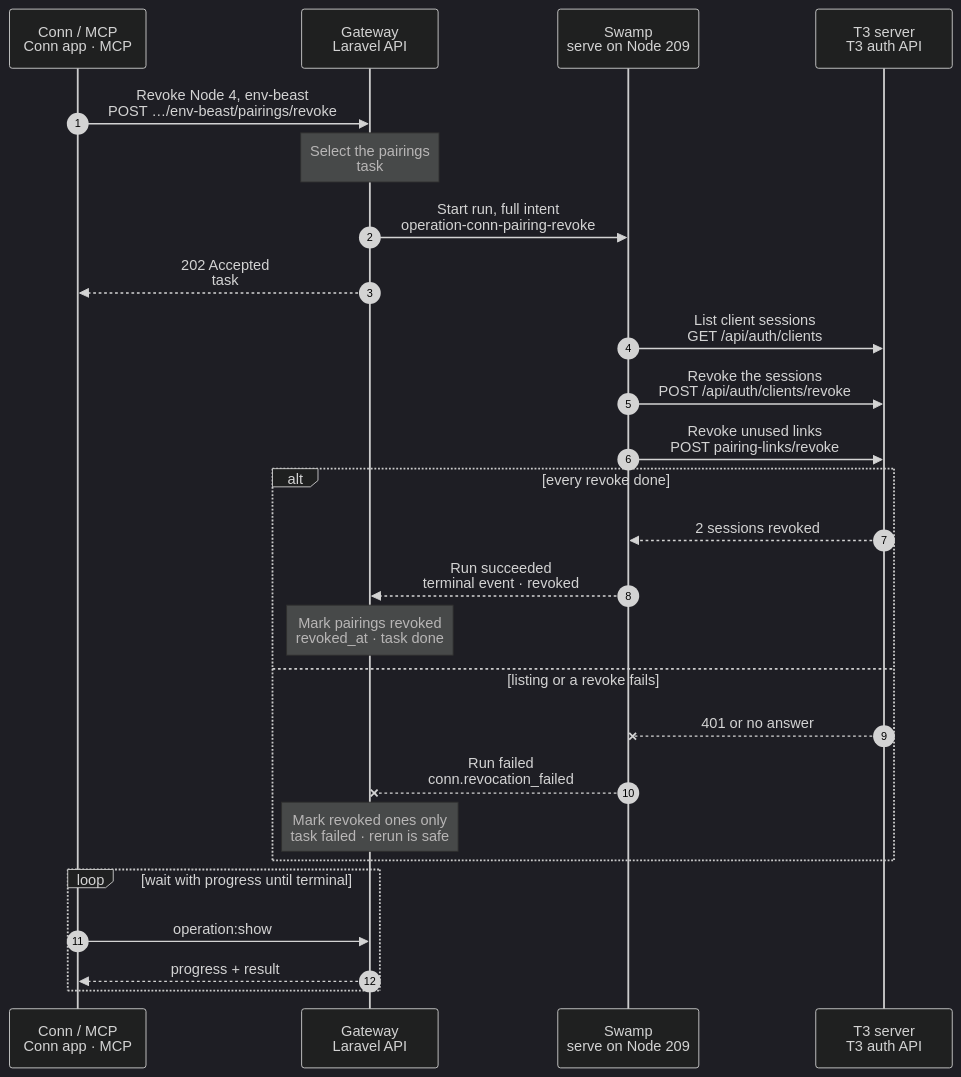
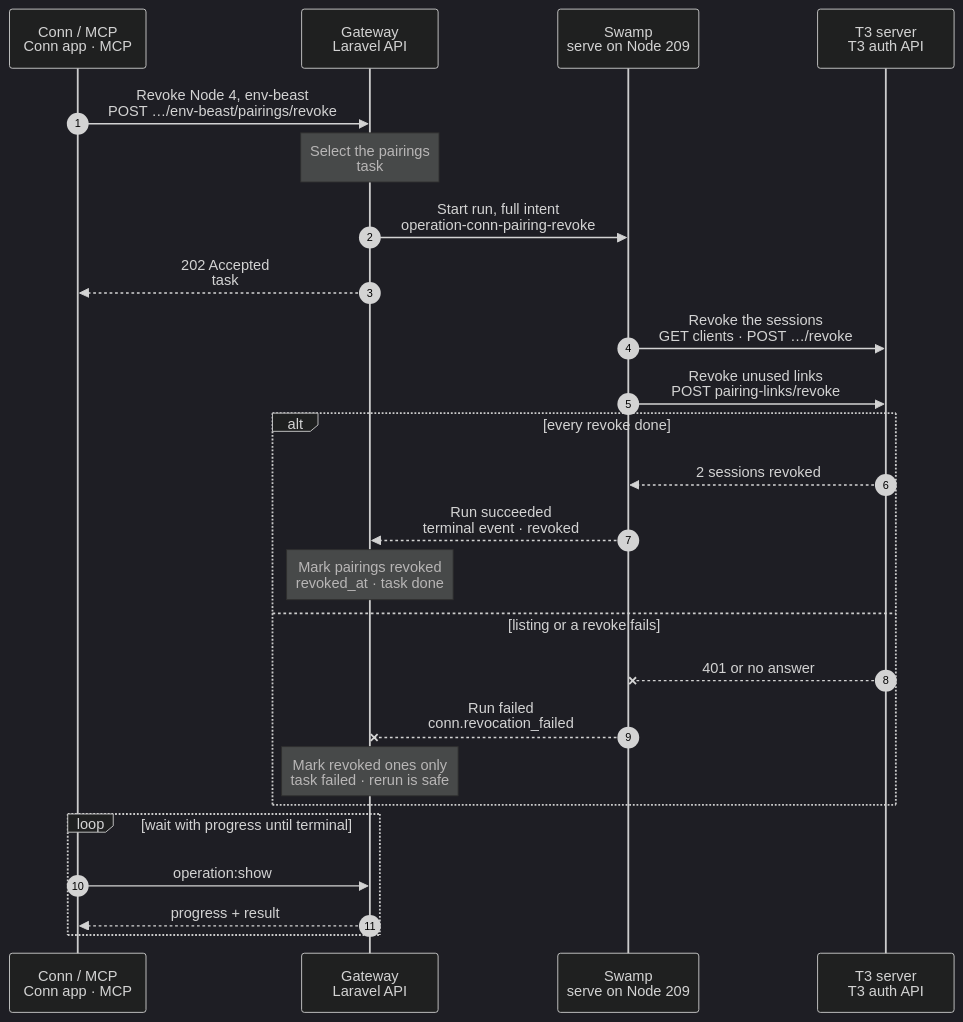
The diagram in docs/cli/conn/pairing-revoke.mmd (hardimpactdev/orbit), drawn with Mermaid (dark theme) before and after one commit.

Commit message:
docs(cli): tighten conn.pairing_revoke chart

```diff
--- a/docs/cli/conn/pairing-revoke.mmd
+++ b/docs/cli/conn/pairing-revoke.mmd
@@ -1,90 +1,88 @@
 sequenceDiagram
   %% Target design: ADR 0244 task, DECISIONS R1 (an external API call is an effect, so it is a run), R2-R4. docs/reference/conn.md#native-pairing-revocation.
+  %% Tightened: flow-tighten 2026-11-02, rule 16 (the session list only picks the targets, so it folds into the revoke step).
   %% status: draft
   %% command: none · Conn API (conn-pairing-revoke)
   %% kind: conn.pairing_revoke
   autonumber
   %% lane CLI icon=terminal pill=caller tone=gray
   %% lane GW icon=gateway pill=intent tone=blue
   %% lane SW icon=workflow pill=executes tone=green
   %% lane T3 icon=server pill=target tone=purple
   participant CLI as Conn / MCP<br/>Conn app · MCP
   participant GW as Gateway<br/>Laravel API
   participant SW as Swamp<br/>serve on Node 209
   participant T3 as T3 server<br/>T3 auth API
   CLI->>GW: Revoke Node 4, env-beast<br/>POST …/env-beast/pairings/revoke
   %%> Command:
   %%> - `POST /api/v1/conn/environments/env-beast/pairings/revoke` with `node_id` 4
   %%> - syntax: the MCP tool `conn-pairing-revoke` with `environment` and an optional `node_id`
   %%> Input:
   %%> - the T3 server, and the Node whose pairings go; without `node_id` it is the caller
   %%> Not included:
   %%> - there is no `orbit` command; WireGuard access does not change
   Note over GW: Select the pairings<br/>task #5171 · session to vault
   %%> Requirements:
   %%> - the `conn` extension is on; the caller is an active Node
   %%> - env-beast is registered and the Gateway's admin session there has not expired
   %%> - no other revocation runs for env-beast; the Gateway holds one lock per server
   %%> What it does:
   %%> - captures Node 4's open pairings on env-beast: their client labels and link IDs
   %%> - pushes the admin session to the Swamp vault as `conn-session-5171` after commit (R3)
   %%> Why a run:
   %%> - calling T3's API is an effect; the Gateway's only execution primitives are mint and sign
   GW->>SW: Start run, full intent<br/>operation-conn-pairing-revoke
   %%> What it does:
   %%> - starts one Swamp run on serve (Node 209); no Node is a target
   %%> Inputs:
   %%> - the T3 server URL, the captured labels and link IDs, and the vault key names; never the session
   GW-->>CLI: 202 Accepted<br/>task #5171
   %%> What you get:
   %%> - the task number, at once
   %%> Next:
   %%> - the caller waits on the task and shows its progress
-  SW->>T3: List client sessions<br/>GET /api/auth/clients
+  SW->>T3: Revoke the sessions<br/>GET clients · POST …/revoke
   %%> How:
   %%> - HTTPS from 209, with the admin session from `vault.get`
   %%> What it does:
-  %%> - reads every client session on env-beast and selects those with the captured labels
+  %%> - lists the client sessions on env-beast, selects those with the captured labels, and revokes each; a session already gone counts as revoked
   %%> Refuses:
-  %%> - a failed or invalid read stops the run before any revoke; it never counts as an empty list
-  SW->>T3: Revoke the sessions<br/>POST /api/auth/clients/revoke
-  %%> What it does:
-  %%> - revokes each selected session, one per step; a session already gone counts as revoked
+  %%> - a failed or invalid list stops the step before any revoke; it never counts as an empty list
   %%> Keeps:
   %%> - the Gateway's own current session and every other label
   SW->>T3: Revoke unused links<br/>POST pairing-links/revoke
   %%> What it does:
   %%> - revokes each captured pairing link that was never used, one per step
   alt every revoke done
     T3-->>SW: 2 sessions revoked
     %%> Returns:
     %%> - each revoke answered
     SW-->>GW: Run succeeded<br/>terminal event · revoked
     %%> How the Gateway learns it:
     %%> - its shared run reader sees the terminal event; Swamp never calls the Gateway
     Note over GW: Mark pairings revoked<br/>revoked_at · task done
     %%> Result:
     %%> - Node 4's pairings on env-beast get `revoked_at`, and their stored links are removed
     %%> - the device loses env-beast at once; its other servers and Orbit access stay
     %%> - task #5171 succeeds
   else listing or a revoke fails
     T3--xSW: 401 or no answer
     %%> When:
     %%> - T3 refuses the admin session, cannot be reached, or answers with invalid data
     SW--xGW: Run failed<br/>conn.revocation_failed
     %%> The Gateway reads:
     %%> - which step failed and its safe error code
     Note over GW: Mark revoked ones only<br/>task failed · rerun is safe
     %%> Result:
     %%> - pairings whose sessions were revoked are marked revoked; the rest stay open; task #5171 fails
     %%> Retry:
     %%> - safe: run it again; it lists the sessions again and skips those already gone
   end
   loop wait with progress until terminal
     CLI->>GW: operation:show #5171
     %%> What it does:
     %%> - waits on the task and shows each step label as progress
     GW-->>CLI: progress + result
     %%> Returns:
     %%> - the progress, and the number of revoked sessions once the task has ended
   end
```
